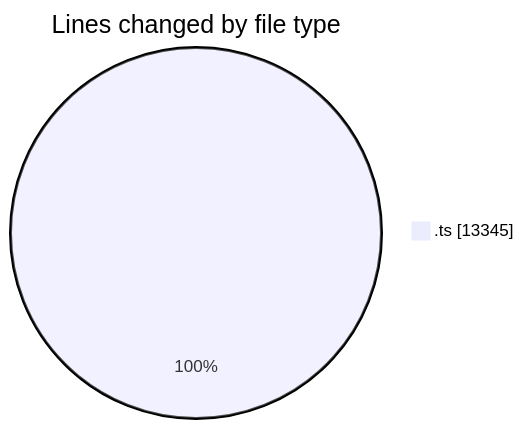
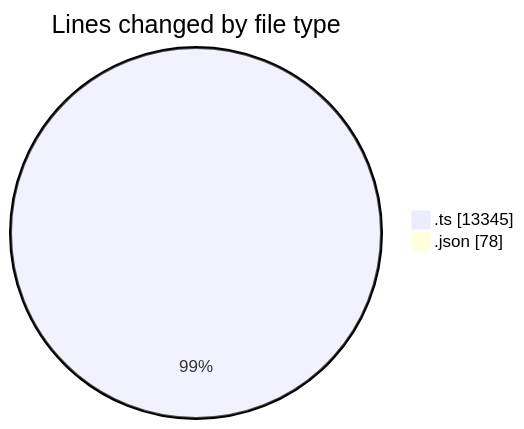
Before and after one commit to momahboobian/code-tracking: the first of 2 diagrams in 2025-08-29/cda/README.md, drawn with Mermaid. The commit also changed other lines of this file and 1 other file, not shown here.

````diff
--- a/2025-08-29/cda/README.md
+++ b/2025-08-29/cda/README.md
@@ -21,5 +22,6 @@
 ```mermaid
 pie showData
 title Lines changed by file type
 ".ts" : 13345
+".json" : 78
 ```
````
